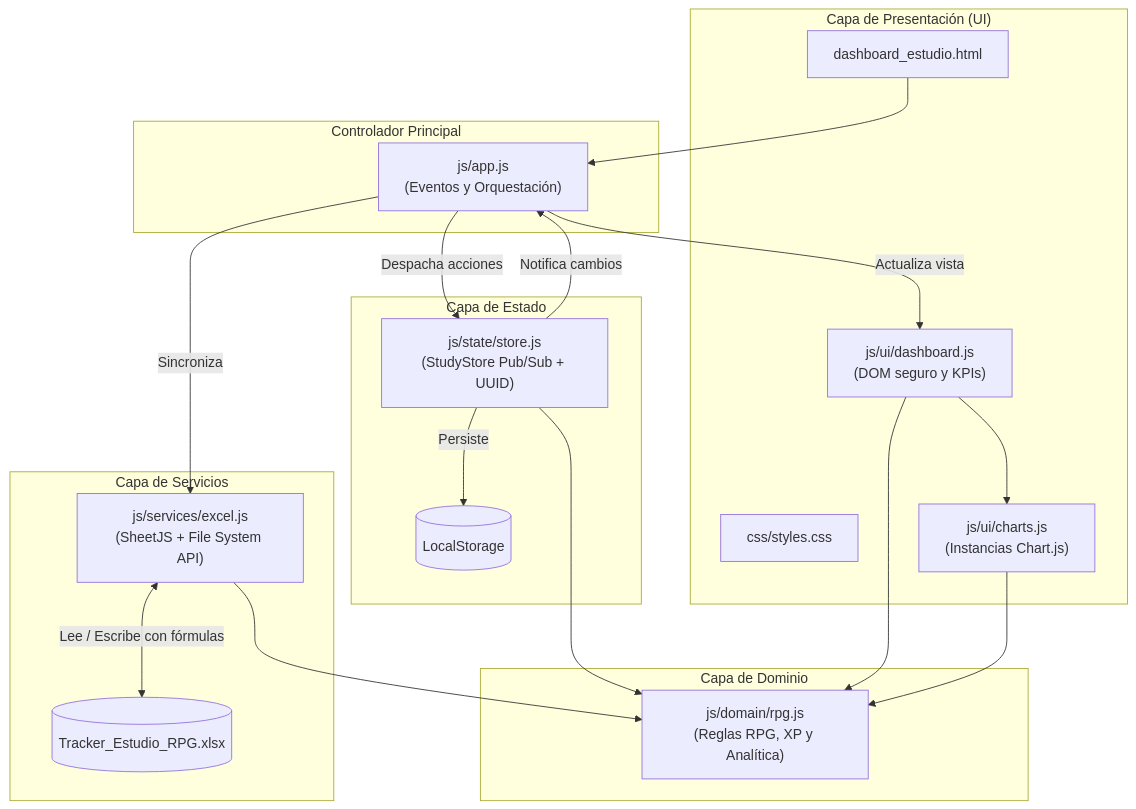
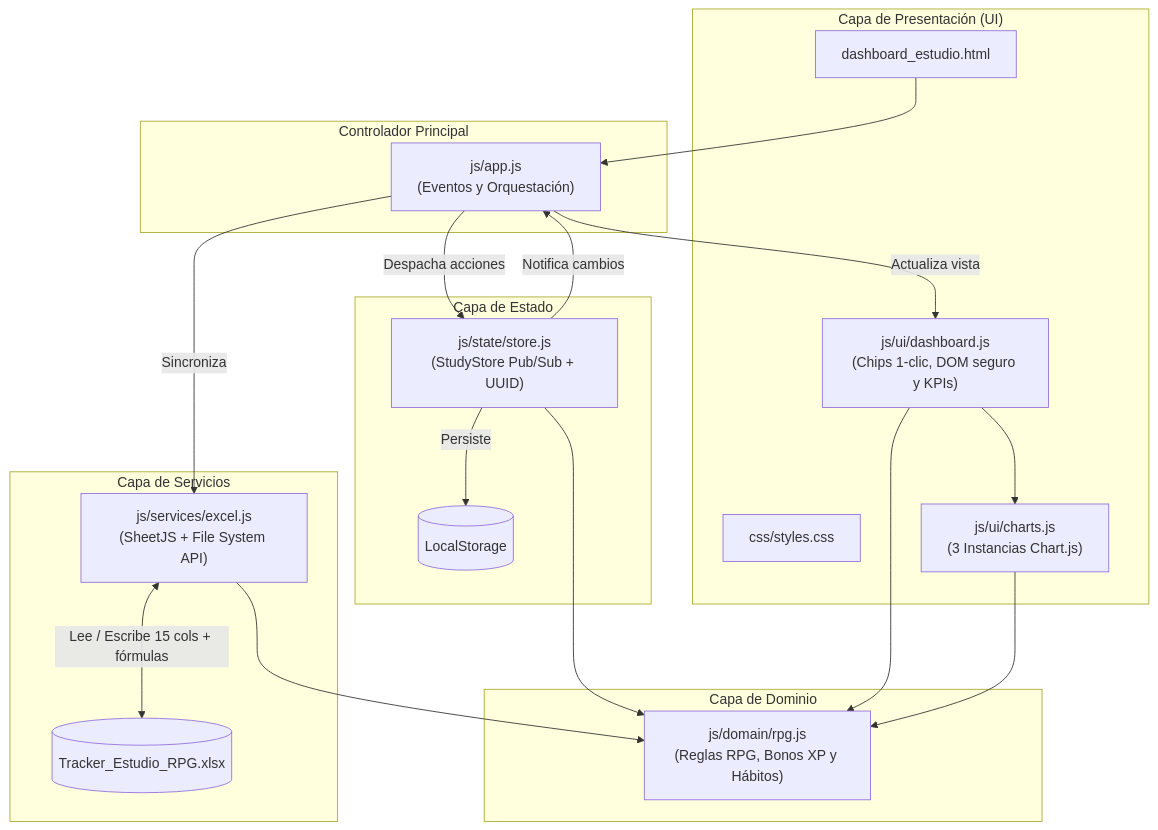
Before and after one commit to carloamezcua/study-tracker: the diagram in README.md, drawn with Mermaid. The commit also changed other lines of this file, not shown here.

Commit message:
docs(readme): documenta nuevas reglas de negocio, variables de comportamiento y formulas de Excel

````diff
--- a/README.md
+++ b/README.md
@@ -25,40 +28,40 @@
 ```mermaid
 flowchart TD
     subgraph UI["Capa de Presentación (UI)"]
         HTML["dashboard_estudio.html"]
         CSS["css/styles.css"]
-        DASH["js/ui/dashboard.js\n(DOM seguro y KPIs)"]
-        CHARTS["js/ui/charts.js\n(Instancias Chart.js)"]
+        DASH["js/ui/dashboard.js\n(Chips 1-clic, DOM seguro y KPIs)"]
+        CHARTS["js/ui/charts.js\n(3 Instancias Chart.js)"]
     end
 
     subgraph Controller["Controlador Principal"]
         APP["js/app.js\n(Eventos y Orquestación)"]
     end
 
     subgraph State["Capa de Estado"]
         STORE["js/state/store.js\n(StudyStore Pub/Sub + UUID)"]
         LS[("LocalStorage")]
     end
 
     subgraph Domain["Capa de Dominio"]
-        RPG["js/domain/rpg.js\n(Reglas RPG, XP y Analítica)"]
+        RPG["js/domain/rpg.js\n(Reglas RPG, Bonos XP y Hábitos)"]
     end
 
     subgraph Services["Capa de Servicios"]
         EXCEL["js/services/excel.js\n(SheetJS + File System API)"]
         XLSX[("Tracker_Estudio_RPG.xlsx")]
     end
 
     HTML --> APP
     APP -->|Despacha acciones| STORE
     STORE -->|Persiste| LS
     STORE -->|Notifica cambios| APP
     APP -->|Actualiza vista| DASH
     DASH --> CHARTS
     APP -->|Sincroniza| EXCEL
-    EXCEL <-->|Lee / Escribe con fórmulas| XLSX
+    EXCEL <-->|Lee / Escribe 15 cols + fórmulas| XLSX
     STORE --> RPG
     DASH --> RPG
     CHARTS --> RPG
     EXCEL --> RPG
 ```
````
